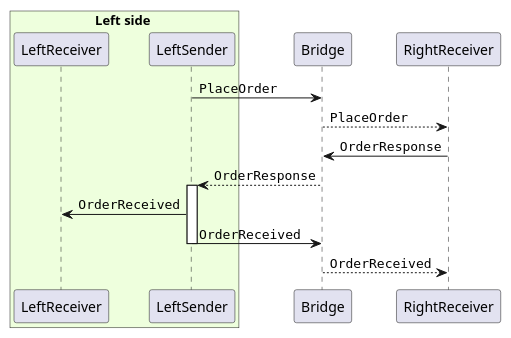
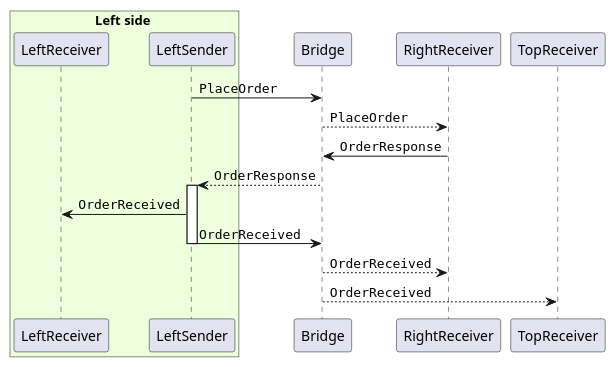
One commit to rioka/nsb-bridge-experiments changed the third of 3 diagrams in README.md. Above: the diagram before and after it, drawn with PlantUML. The commit also changed other lines of this file, not shown here.

````diff
--- a/README.md
+++ b/README.md
@@ -61,22 +69,24 @@
 ```puml
 box Left side #EEFFDD
   participant LeftReceiver as lr
   participant LeftSender as ls
 end box
 
 participant Bridge as b
 participant RightReceiver as rr
+participant TopReceiver as tr
 
 ls -> b : ""PlaceOrder""
 b -[dashed]> rr : ""PlaceOrder""
 
 rr -> b : ""OrderResponse""
 b -[dashed]> ls : ""OrderResponse""
 
 activate ls
 ls -> lr : ""OrderReceived""
 ls -> b : ""OrderReceived""
 deactivate ls
 
 b -[dashed]> rr : ""OrderReceived""
+b -[dashed]> tr : ""OrderReceived""
 ```
````
